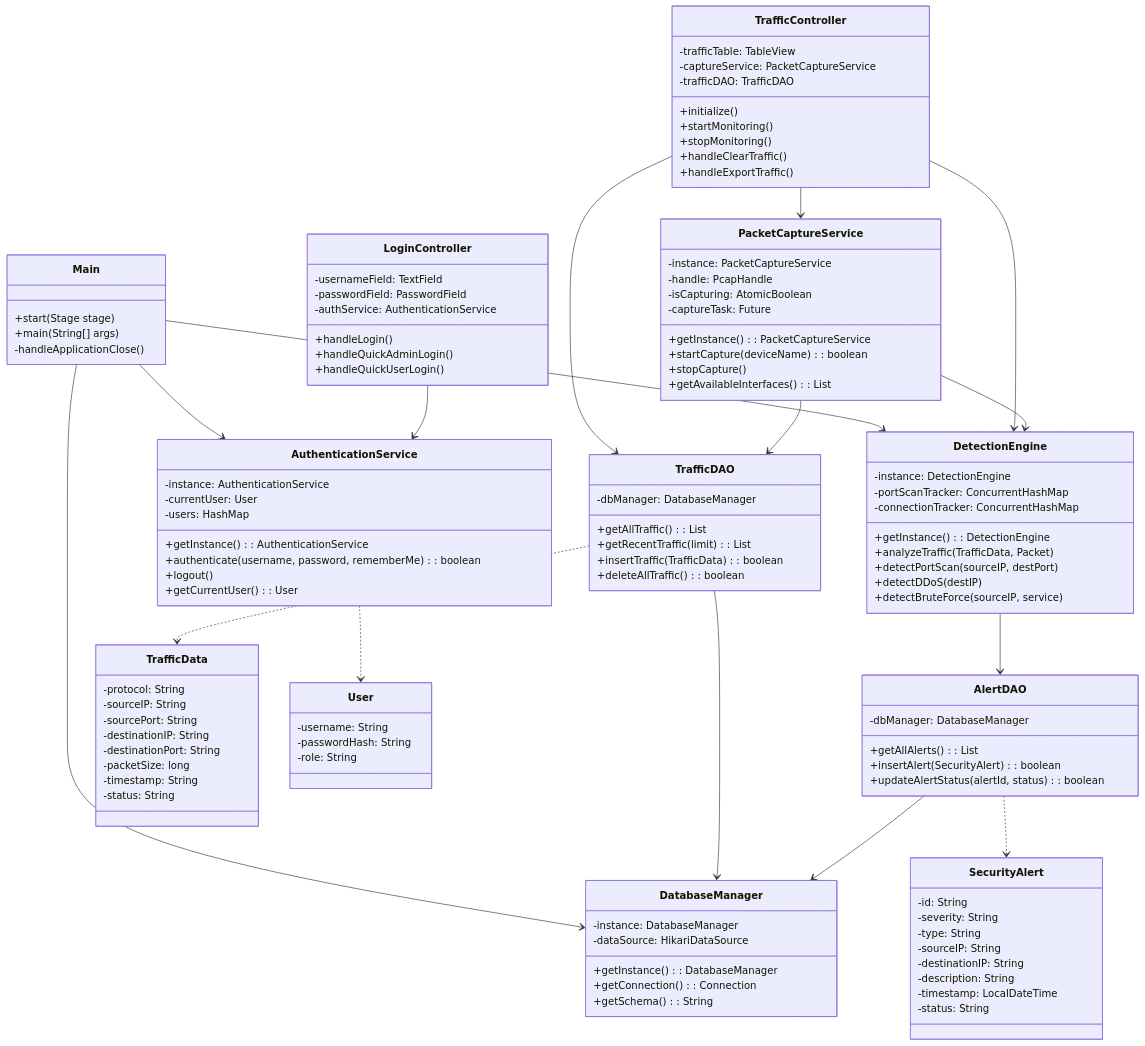
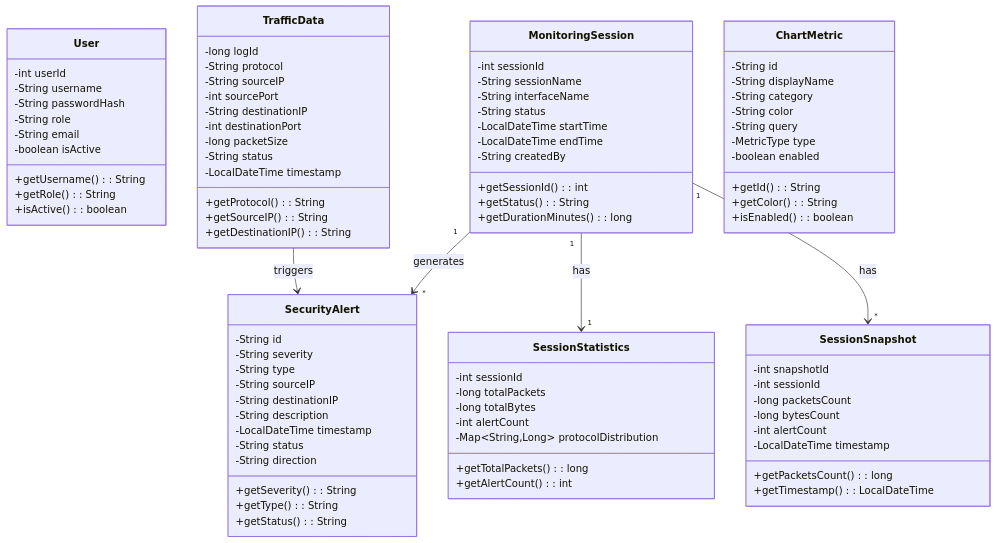
Before and after one commit to PIOCCO/IDS: the second of 6 diagrams in NLPM/docs/UML_Documentation.md, drawn with Mermaid. The commit also changed other lines of this file and 1 other file, not shown here.

````diff
--- a/NLPM/docs/UML_Documentation.md
+++ b/NLPM/docs/UML_Documentation.md
@@ -81,133 +75,96 @@
 ```mermaid
 classDiagram
-    class Main {
-        +start(Stage stage)
-        +main(String[] args)
-        -handleApplicationClose()
-    }
-    
-    class AuthenticationService {
-        -instance: AuthenticationService
-        -currentUser: User
-        -users: HashMap
-        +getInstance(): AuthenticationService
-        +authenticate(username, password, rememberMe): boolean
-        +logout()
-        +getCurrentUser(): User
-    }
-    
-    class PacketCaptureService {
-        -instance: PacketCaptureService
-        -handle: PcapHandle
-        -isCapturing: AtomicBoolean
-        -captureTask: Future
-        +getInstance(): PacketCaptureService
-        +startCapture(deviceName): boolean
-        +stopCapture()
-        +getAvailableInterfaces(): List
-    }
-    
-    class DetectionEngine {
-        -instance: DetectionEngine
-        -portScanTracker: ConcurrentHashMap
-        -connectionTracker: ConcurrentHashMap
-        +getInstance(): DetectionEngine
-        +analyzeTraffic(TrafficData, Packet)
-        +detectPortScan(sourceIP, destPort)
-        +detectDDoS(destIP)
-        +detectBruteForce(sourceIP, service)
-    }
-    
-    class DatabaseManager {
-        -instance: DatabaseManager
-        -dataSource: HikariDataSource
-        +getInstance(): DatabaseManager
-        +getConnection(): Connection
-        +getSchema(): String
-    }
-    
-    class TrafficDAO {
-        -dbManager: DatabaseManager
-        +getAllTraffic(): List
-        +getRecentTraffic(limit): List
-        +insertTraffic(TrafficData): boolean
-        +deleteAllTraffic(): boolean
-    }
-    
-    class AlertDAO {
-        -dbManager: DatabaseManager
-        +getAllAlerts(): List
-        +insertAlert(SecurityAlert): boolean
-        +updateAlertStatus(alertId, status): boolean
-    }
-    
-    class TrafficController {
-        -trafficTable: TableView
-        -captureService: PacketCaptureService
-        -trafficDAO: TrafficDAO
-        +initialize()
-        +startMonitoring()
-        +stopMonitoring()
-        +handleClearTraffic()
-        +handleExportTraffic()
-    }
-    
-    class LoginController {
-        -usernameField: TextField
-        -passwordField: PasswordField
-        -authService: AuthenticationService
-        +handleLogin()
-        +handleQuickAdminLogin()
-        +handleQuickUserLogin()
+    class User {
+        -int userId
+        -String username
+        -String passwordHash
+        -String role
+        -String email
+        -boolean isActive
+        +getUsername(): String
+        +getRole(): String
+        +isActive(): boolean
     }
     
     class TrafficData {
-        -protocol: String
-        -sourceIP: String
-        -sourcePort: String
-        -destinationIP: String
-        -destinationPort: String
-        -packetSize: long
-        -timestamp: String
-        -status: String
+        -long logId
+        -String protocol
+        -String sourceIP
+        -int sourcePort
+        -String destinationIP
+        -int destinationPort
+        -long packetSize
+        -String status
+        -LocalDateTime timestamp
+        +getProtocol(): String
+        +getSourceIP(): String
+        +getDestinationIP(): String
     }
     
     class SecurityAlert {
-        -id: String
-        -severity: String
-        -type: String
-        -sourceIP: String
-        -destinationIP: String
-        -description: String
-        -timestamp: LocalDateTime
-        -status: String
+        -String id
+        -String severity
+        -String type
+        -String sourceIP
+        -String destinationIP
+        -String description
+        -LocalDateTime timestamp
+        -String status
+        -String direction
+        +getSeverity(): String
+        +getType(): String
+        +getStatus(): String
     }
     
-    class User {
-        -username: String
-        -passwordHash: String
-        -role: String
+    class MonitoringSession {
+        -int sessionId
+        -String sessionName
+        -String interfaceName
+        -String status
+        -LocalDateTime startTime
+        -LocalDateTime endTime
+        -String createdBy
+        +getSessionId(): int
+        +getStatus(): String
+        +getDurationMinutes(): long
     }
     
-    Main --> AuthenticationService
-    Main --> DatabaseManager
-    Main --> DetectionEngine
+    class SessionStatistics {
+        -int sessionId
+        -long totalPackets
+        -long totalBytes
+        -int alertCount
+        -Map~String,Long~ protocolDistribution
+        +getTotalPackets(): long
+        +getAlertCount(): int
+    }
     
-    TrafficController --> PacketCaptureService
-    TrafficController --> TrafficDAO
-    TrafficController --> DetectionEngine
+    class SessionSnapshot {
+        -int snapshotId
+        -int sessionId
+        -long packetsCount
+        -long bytesCount
+        -int alertCount
+        -LocalDateTime timestamp
+        +getPacketsCount(): long
+        +getTimestamp(): LocalDateTime
+    }
     
-    LoginController --> AuthenticationService
+    class ChartMetric {
+        -String id
+        -String displayName
+        -String category
+        -String color
+        -String query
+        -MetricType type
+        -boolean enabled
+        +getId(): String
+        +getColor(): String
+        +isEnabled(): boolean
+    }
     
-    PacketCaptureService --> TrafficDAO
-    PacketCaptureService --> DetectionEngine
-    
-    DetectionEngine --> AlertDAO
-    
-    TrafficDAO --> DatabaseManager
-    AlertDAO --> DatabaseManager
-    
-    TrafficDAO ..> TrafficData
-    AlertDAO ..> SecurityAlert
-    AuthenticationService ..> User
+    MonitoringSession "1" --> "*" SessionSnapshot : has
+    MonitoringSession "1" --> "1" SessionStatistics : has
+    MonitoringSession "1" --> "*" SecurityAlert : generates
+    TrafficData --> SecurityAlert : triggers
 ```
````
